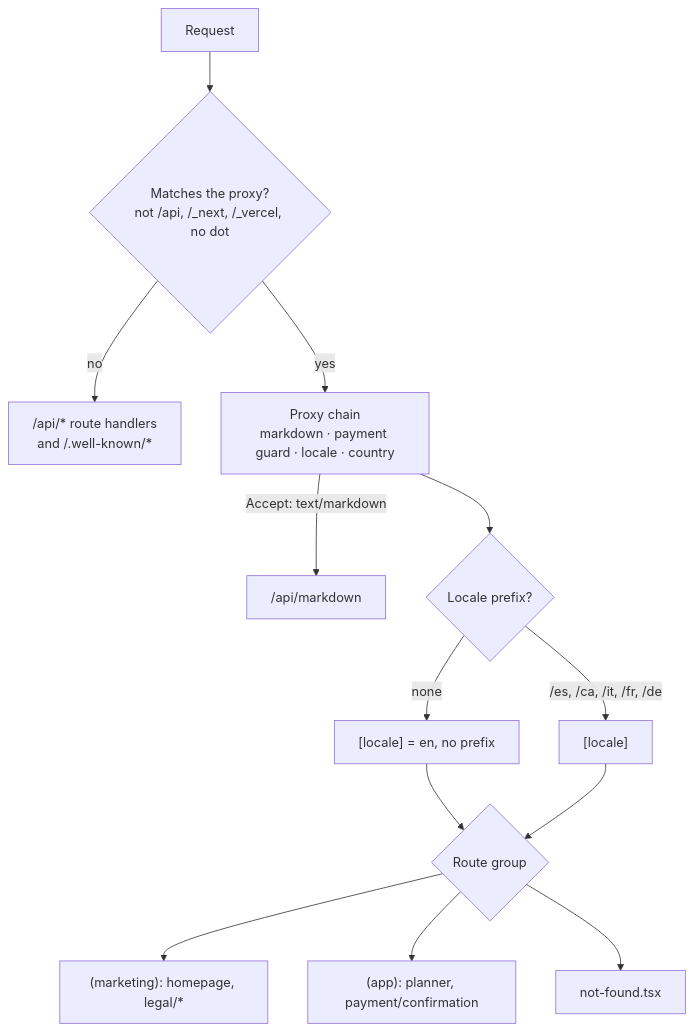
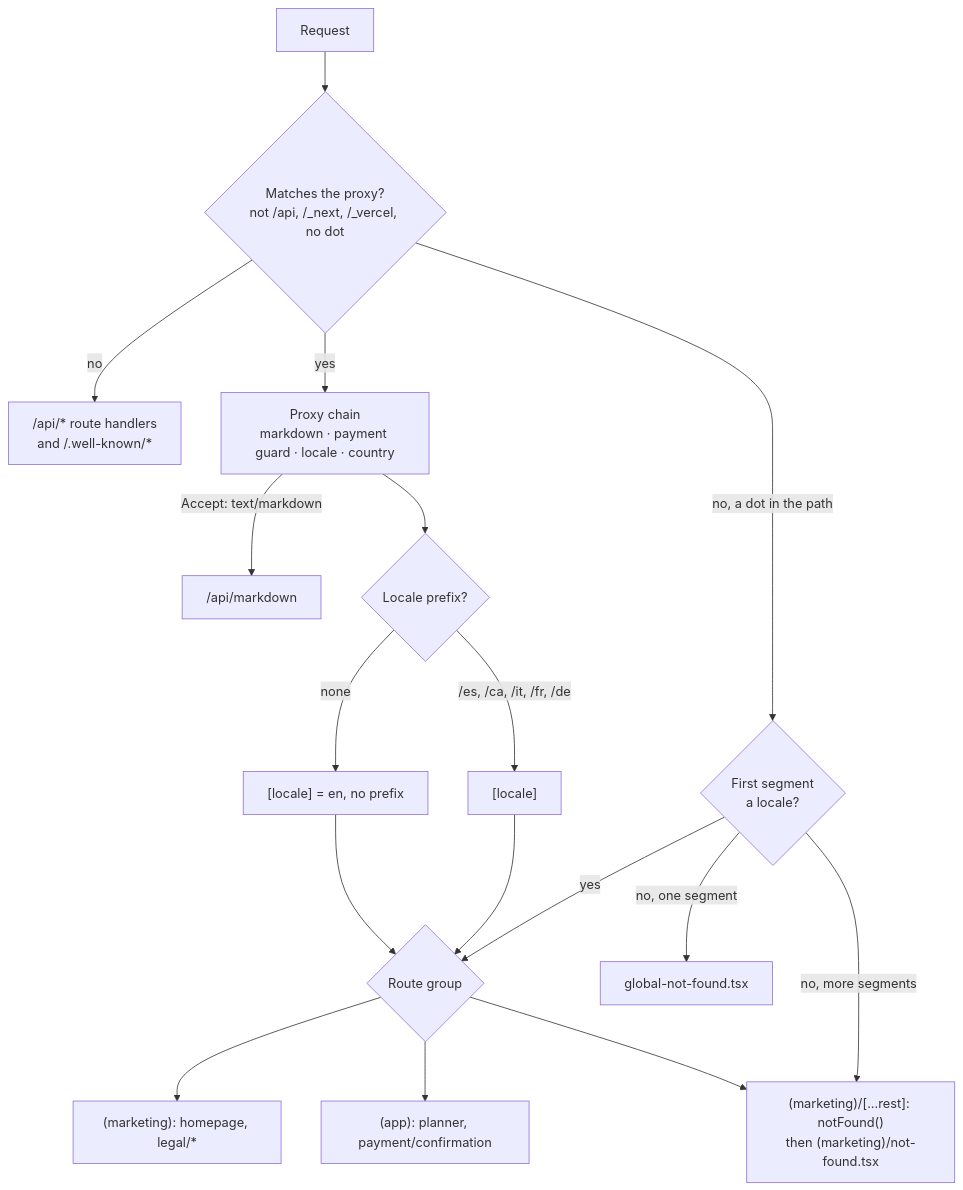
The diagram in apps/docs/src/content/docs/architecture/routing.mdx (fbuireu/forever-pto), drawn with Mermaid before and after one commit. The commit also changed other lines of this file and 5 other files, not shown here.

````diff
--- a/apps/docs/src/content/docs/architecture/routing.mdx
+++ b/apps/docs/src/content/docs/architecture/routing.mdx
@@ -35,14 +37,18 @@
 ```mermaid
 flowchart TD
   REQ[Request] --> M{"Matches the proxy?<br/>not /api, /_next, /_vercel, no dot"}
   M -- no --> API["/api/* route handlers<br/>and /.well-known/*"]
+  M -- "no, a dot in the path" --> DOT{"First segment<br/>a locale?"}
   M -- yes --> PX[Proxy chain<br/>markdown · payment guard · locale · country]
   PX -->|Accept: text/markdown| MD["/api/markdown"]
   PX --> LOC{Locale prefix?}
   LOC -->|none| EN["[locale] = en, no prefix"]
   LOC -->|"/es, /ca, /it, /fr, /de"| L["[locale]"]
   EN & L --> G{Route group}
   G --> MK["(marketing): homepage, legal/*"]
   G --> AP["(app): planner, payment/confirmation"]
-  G --> NF[not-found.tsx]
+  G --> CA["(marketing)/[...rest]: notFound()<br/>then (marketing)/not-found.tsx"]
+  DOT -- yes --> G
+  DOT -- "no, one segment" --> GNF[global-not-found.tsx]
+  DOT -- "no, more segments" --> CA
 ```
````
